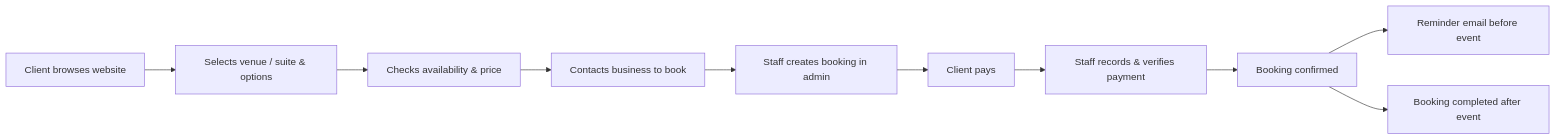
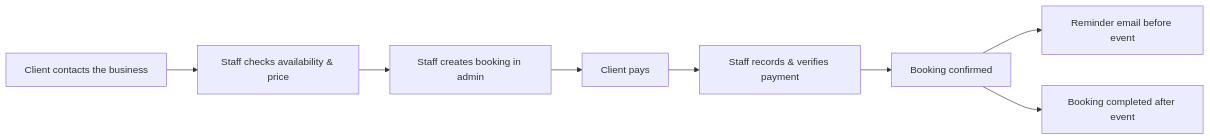
The diagram in USER_GUIDE.md (2n2n/iconvenue-suites), drawn with Mermaid before and after one commit. The commit also changed other lines of this file and 12 other files, not shown here.

First line of the commit message:
Turn off the public website; the home page is the staff sign-in

````diff
--- a/USER_GUIDE.md
+++ b/USER_GUIDE.md
@@ -21,12 +21,10 @@
 ```mermaid
 flowchart LR
-    A[Client browses website] --> B[Selects venue / suite & options]
-    B --> C[Checks availability & price]
-    C --> D[Contacts business to book]
-    D --> E[Staff creates booking in admin]
+    A[Client contacts the business] --> B[Staff checks availability & price]
+    B --> E[Staff creates booking in admin]
     E --> F[Client pays]
     F --> G[Staff records & verifies payment]
     G --> H[Booking confirmed]
     H --> I[Reminder email before event]
     H --> J[Booking completed after event]
 ```
````
